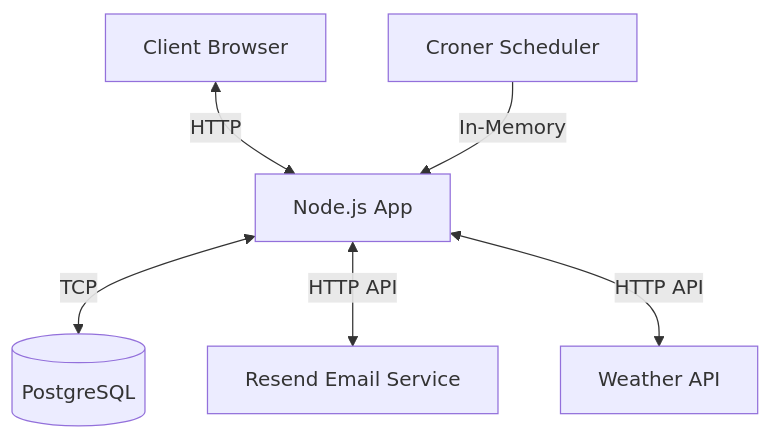
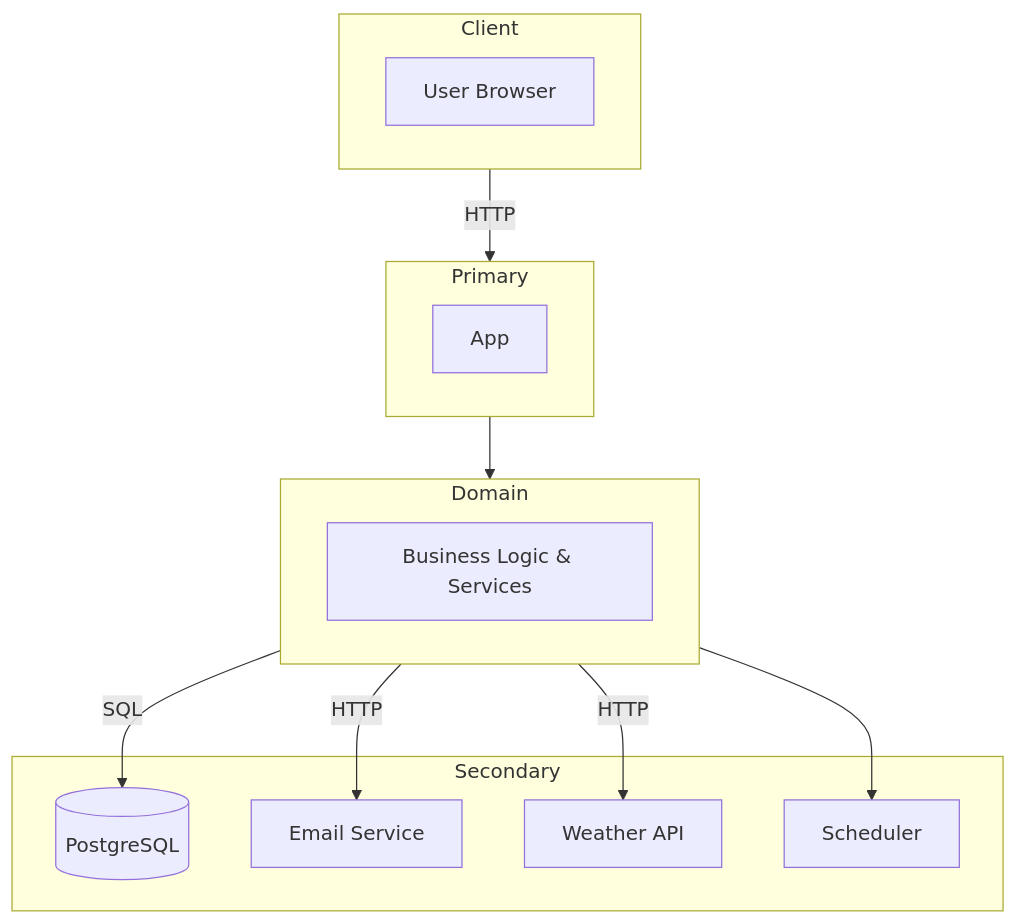
One commit to GenesisEducationKyiv/software-engineering-school-5-0-allohamora changed the diagram in docs/system-design.md. Above: the diagram before and after it, drawn with Mermaid. The commit also changed 1 other file, not shown here.

Commit message:
docs: update system design

````diff
--- a/docs/system-design.md
+++ b/docs/system-design.md
@@ -54,15 +54,30 @@
 ```mermaid
 flowchart TD
-    Client[Client Browser]
-    NodeApp[Node.js App]
-    DB[(PostgreSQL)]
-    Email[Resend Email Service]
-    Weather[Weather API]
-    Scheduler[Croner Scheduler]
+    subgraph Client
+        User["User Browser"]
+    end
 
-    Client <-->|HTTP| NodeApp
-    Scheduler -->|In-Memory| NodeApp
-    NodeApp <-->|TCP| DB
-    NodeApp <-->|HTTP API| Email
-    NodeApp <-->|HTTP API| Weather
+    subgraph Primary
+        App
+    end
+
+    subgraph Domain
+        Core[Business Logic & Services]
+    end
+
+    subgraph Secondary
+        DB[(PostgreSQL)]
+        Email[Email Service]
+        Weather[Weather API]
+        Scheduler[Scheduler]
+    end
+
+    Client --> |HTTP| Primary
+
+    Primary --> Domain
+
+    Domain --> |SQL| DB
+    Domain --> |HTTP| Email
+    Domain --> |HTTP| Weather
+    Domain --> Scheduler
 ```
````
